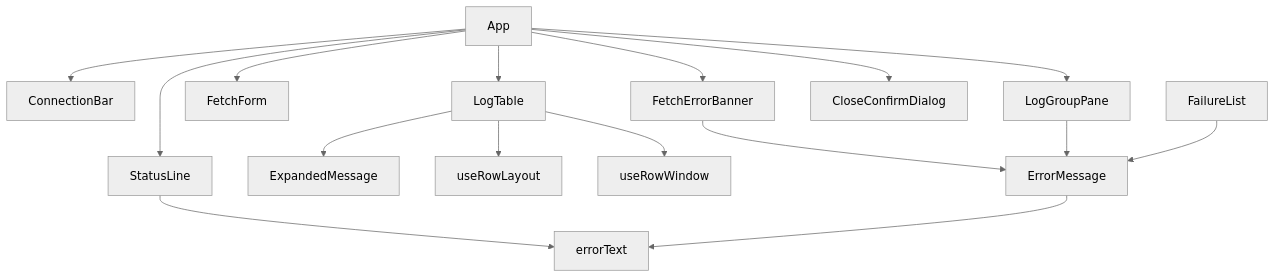
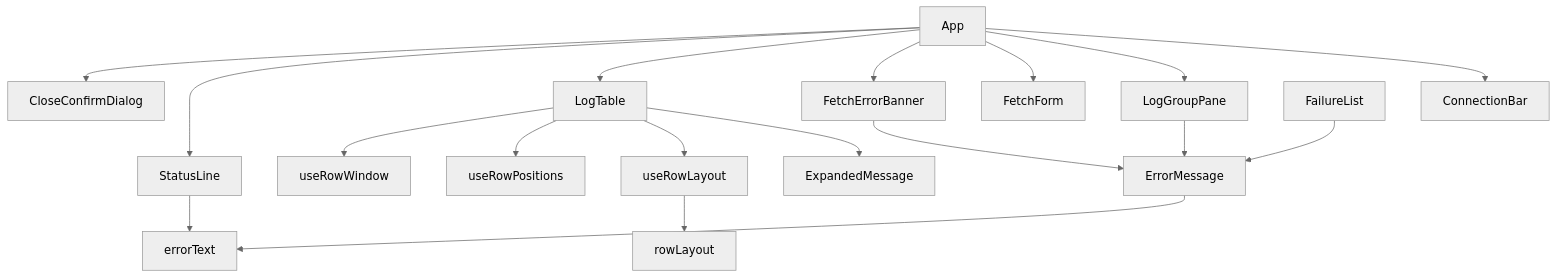
The diagram in aidlc/spaces/default/intents/261002-cwlogs-viewer/construction/u7-ui-polish/functional-design/frontend-components.md (kdnakt/local-sights), drawn with Mermaid (neutral theme) before and after one commit. The commit also changed other lines of this file and 4 other files, not shown here.

````diff
--- a/aidlc/spaces/default/intents/261002-cwlogs-viewer/construction/u7-ui-polish/functional-design/frontend-components.md
+++ b/aidlc/spaces/default/intents/261002-cwlogs-viewer/construction/u7-ui-polish/functional-design/frontend-components.md
@@ -37,18 +69,20 @@
 ```mermaid
 graph TD
   App --> ConnectionBar
   App --> LogGroupPane
   App --> FetchForm
   App --> FetchErrorBanner
   App --> LogTable
   App --> StatusLine
   App --> CloseConfirmDialog
   LogTable --> ExpandedMessage
   LogTable --> useRowLayout
+  LogTable --> useRowPositions
   LogTable --> useRowWindow
+  useRowLayout --> rowLayout
   FetchErrorBanner --> ErrorMessage
   LogGroupPane --> ErrorMessage
+  FailureList --> ErrorMessage
   StatusLine --> errorText
   ErrorMessage --> errorText
-  FailureList --> ErrorMessage
 ```
````
